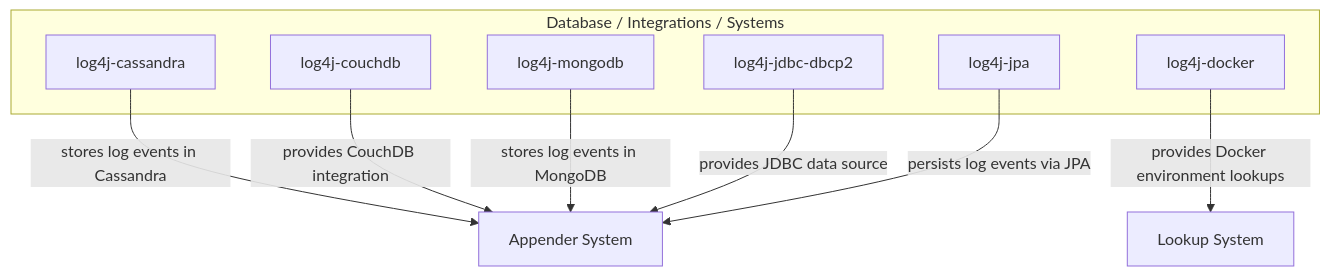
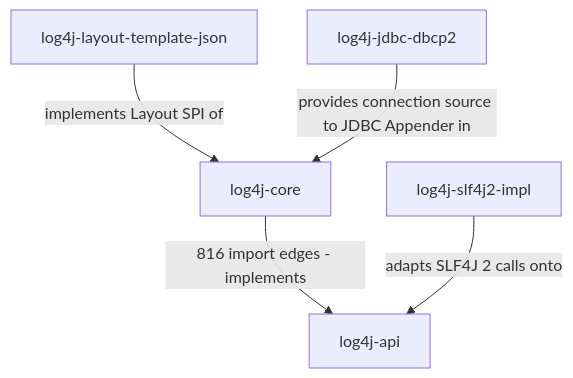
The eighth of 8 diagrams in docs/architecture.md (SwDA-Team07/AY-25-26-project), drawn with Mermaid before and after one commit. The commit also changed other lines of this file, not shown here.

Commit message:
docs: Rework C3 in architecture to match scoped modules

````diff
--- a/docs/architecture.md
+++ b/docs/architecture.md
@@ -172,19 +236,12 @@
 ```mermaid
 flowchart TB
-    subgraph DATABASES["Database / Integrations / Systems"]
-        Cas[log4j-cassandra]
-        Couch[log4j-couchdb]
-        Mongo[log4j-mongodb]
-        JDBC[log4j-jdbc-dbcp2]
-        JPA[log4j-jpa]
-        Docker[log4j-docker]
-    end
-    Appender[Appender System]
-    Cas -->|stores log events in Cassandra| Appender
-    Couch -->|provides CouchDB integration| Appender
-    Mongo -->|stores log events in MongoDB| Appender
-    JDBC -->|provides JDBC data source| Appender
-    JPA -->|persists log events via JPA| Appender
-    Lookup[Lookup System]
-    Docker -->|provides Docker environment lookups| Lookup
+    API[log4j-api]
+    CORE[log4j-core]
+    LTJ[log4j-layout-template-json]
+    SLF2[log4j-slf4j2-impl]
+    JDBC[log4j-jdbc-dbcp2]
+    CORE -->|816 import edges - implements| API
+    LTJ -->|implements Layout SPI of| CORE
+    JDBC -->|provides connection source to JDBC Appender in| CORE
+    SLF2 -->|adapts SLF4J 2 calls onto| API
 ```
````
